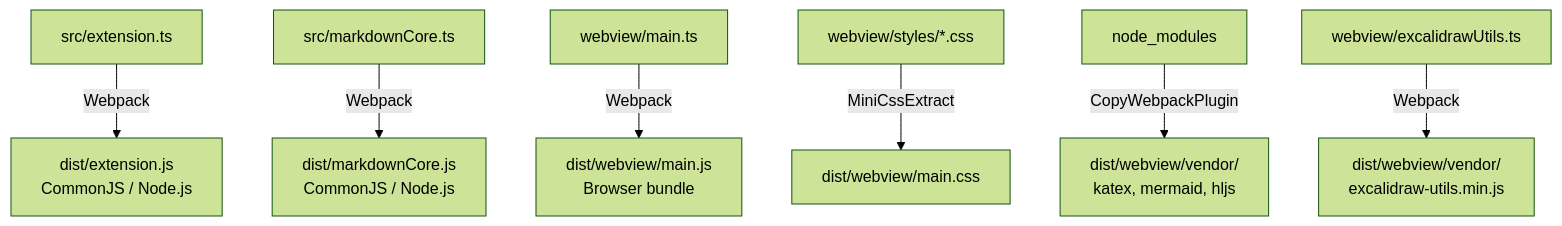
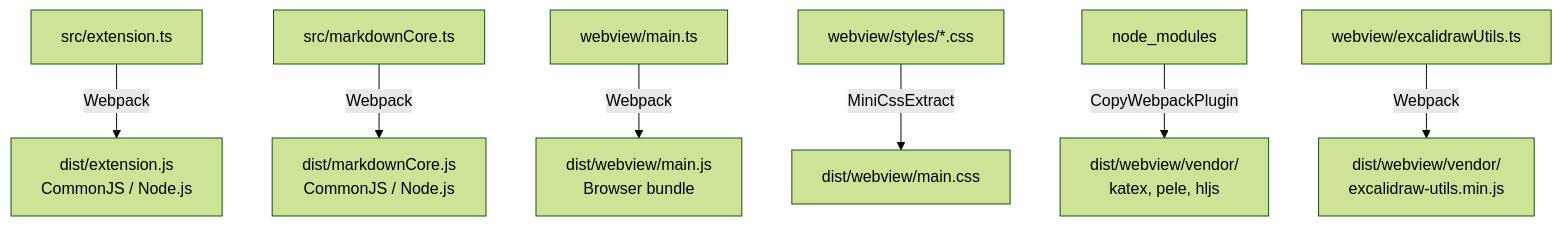
The fourth of 4 diagrams in docs/ARCHITECTURE.md (luongnv89/vscode-markdown-preview), drawn with Mermaid (forest theme) before and after one commit. The commit also changed other lines of this file and 34 other files, not shown here.

First line of the commit message:
refactor(mermaid): render Mermaid diagrams with pele (#156) (#157)

````diff
--- a/docs/ARCHITECTURE.md
+++ b/docs/ARCHITECTURE.md
@@ -268,9 +271,9 @@
 ```mermaid
 graph TD
     SRC[src/extension.ts] -->|Webpack| DIST1[dist/extension.js<br/>CommonJS / Node.js]
     CORE[src/markdownCore.ts] -->|Webpack| DIST0[dist/markdownCore.js<br/>CommonJS / Node.js]
     WEB[webview/main.ts] -->|Webpack| DIST2[dist/webview/main.js<br/>Browser bundle]
     CSS[webview/styles/*.css] -->|MiniCssExtract| DIST3[dist/webview/main.css]
-    VENDOR[node_modules] -->|CopyWebpackPlugin| DIST4[dist/webview/vendor/<br/>katex, mermaid, hljs]
+    VENDOR[node_modules] -->|CopyWebpackPlugin| DIST4[dist/webview/vendor/<br/>katex, pele, hljs]
     EXC[webview/excalidrawUtils.ts] -->|Webpack| DIST5[dist/webview/vendor/<br/>excalidraw-utils.min.js]
 ```
````
